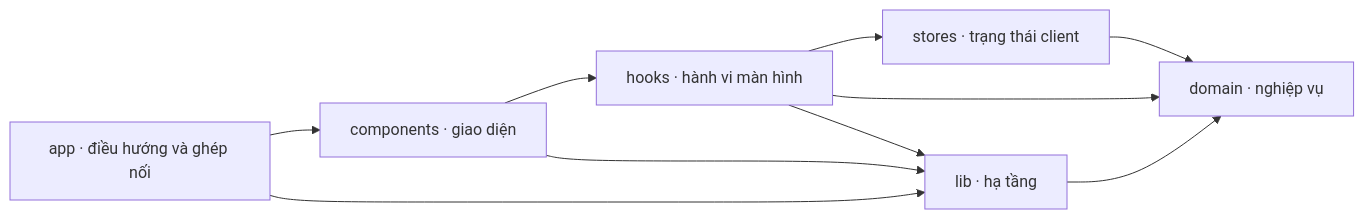
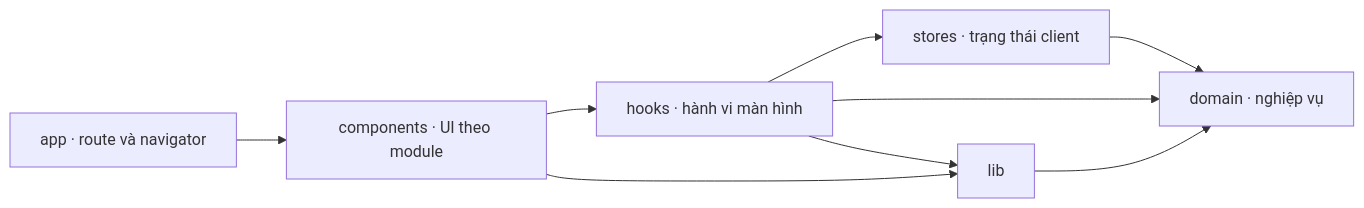
One commit to QuocDung23/BKPractice-mobile changed the first of 2 diagrams in .docs/pm/architecture/README.md. Above: the diagram before and after it, drawn with Mermaid. The commit also changed other lines of this file and 5 other files, not shown here.

````diff
--- a/.docs/pm/architecture/README.md
+++ b/.docs/pm/architecture/README.md
@@ -42,12 +44,11 @@
 ```mermaid
 flowchart LR
-    app["app · điều hướng và ghép nối"] --> components["components · giao diện"]
-    app --> lib["lib · hạ tầng"]
+    app["app · route và navigator"] --> components["components · UI theo module"]
     components --> hooks["hooks · hành vi màn hình"]
     components --> lib
     hooks --> stores["stores · trạng thái client"]
     hooks --> domain["domain · nghiệp vụ"]
     hooks --> lib
     stores --> domain
     lib --> domain
 ```
````
